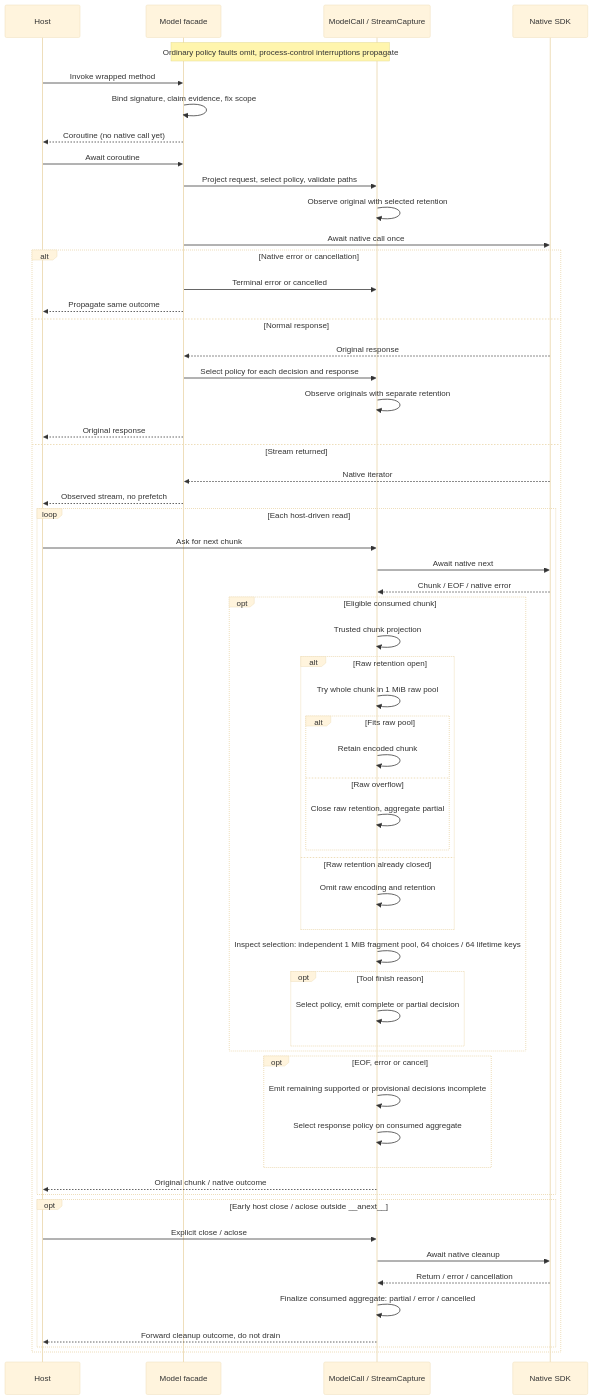
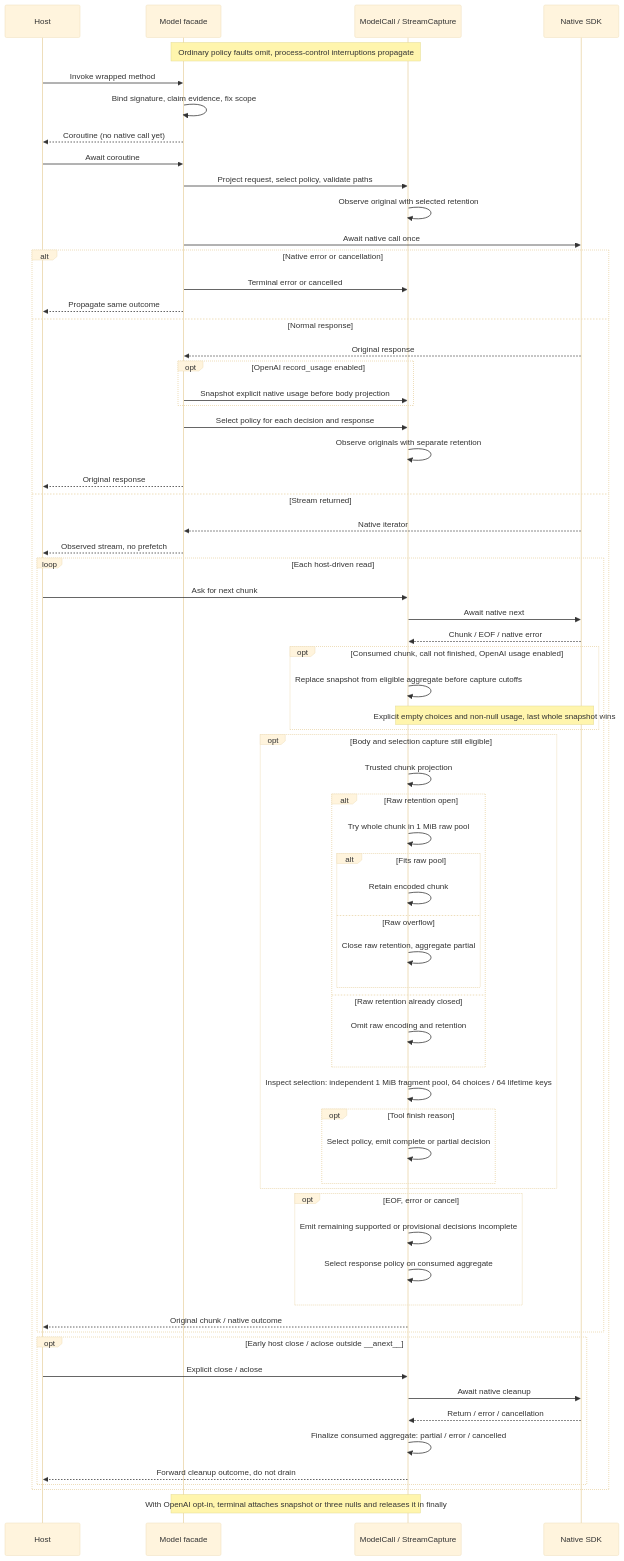
Before and after one commit to Steady-Hand-AI/mcp-flightrecorder: the sixth of 11 diagrams in docs/architecture.md, drawn with Mermaid (base theme). The commit also changed other lines of this file and 11 other files, not shown here.

Commit message:
Preserve opt-in OpenAI response usage in existing events

````diff
--- a/docs/architecture.md
+++ b/docs/architecture.md
@@ -453,61 +463,69 @@
 ```mermaid
 sequenceDiagram
     participant H as Host
     participant F as Model facade
     participant C as ModelCall / StreamCapture
     participant N as Native SDK
     Note over F,C: Ordinary policy faults omit, process-control interruptions propagate
     H->>F: Invoke wrapped method
     F->>F: Bind signature, claim evidence, fix scope
     F-->>H: Coroutine (no native call yet)
     H->>F: Await coroutine
     F->>C: Project request, select policy, validate paths
     C->>C: Observe original with selected retention
     F->>N: Await native call once
     alt Native error or cancellation
         F->>C: Terminal error or cancelled
         F-->>H: Propagate same outcome
     else Normal response
         N-->>F: Original response
+        opt OpenAI record_usage enabled
+            F->>C: Snapshot explicit native usage before body projection
+        end
         F->>C: Select policy for each decision and response
         C->>C: Observe originals with separate retention
         F-->>H: Original response
     else Stream returned
         N-->>F: Native iterator
         F-->>H: Observed stream, no prefetch
         loop Each host-driven read
             H->>C: Ask for next chunk
             C->>N: Await native next
             N-->>C: Chunk / EOF / native error
-            opt Eligible consumed chunk
+            opt Consumed chunk, call not finished, OpenAI usage enabled
+                C->>C: Replace snapshot from eligible aggregate before capture cutoffs
+                Note over C,N: Explicit empty choices and non-null usage, last whole snapshot wins
+            end
+            opt Body and selection capture still eligible
                 C->>C: Trusted chunk projection
                 alt Raw retention open
                     C->>C: Try whole chunk in 1 MiB raw pool
                     alt Fits raw pool
                         C->>C: Retain encoded chunk
                     else Raw overflow
                         C->>C: Close raw retention, aggregate partial
                     end
                 else Raw retention already closed
                     C->>C: Omit raw encoding and retention
                 end
                 C->>C: Inspect selection: independent 1 MiB fragment pool, 64 choices / 64 lifetime keys
                 opt Tool finish reason
                     C->>C: Select policy, emit complete or partial decision
                 end
             end
             opt EOF, error or cancel
                 C->>C: Emit remaining supported or provisional decisions incomplete
                 C->>C: Select response policy on consumed aggregate
             end
             C-->>H: Original chunk / native outcome
         end
         opt Early host close / aclose outside __anext__
             H->>C: Explicit close / aclose
             C->>N: Await native cleanup
             N-->>C: Return / error / cancellation
             C->>C: Finalize consumed aggregate: partial / error / cancelled
             C-->>H: Forward cleanup outcome, do not drain
         end
     end
+    Note over F,C: With OpenAI opt-in, terminal attaches snapshot or three nulls and releases it in finally
 ```
````
